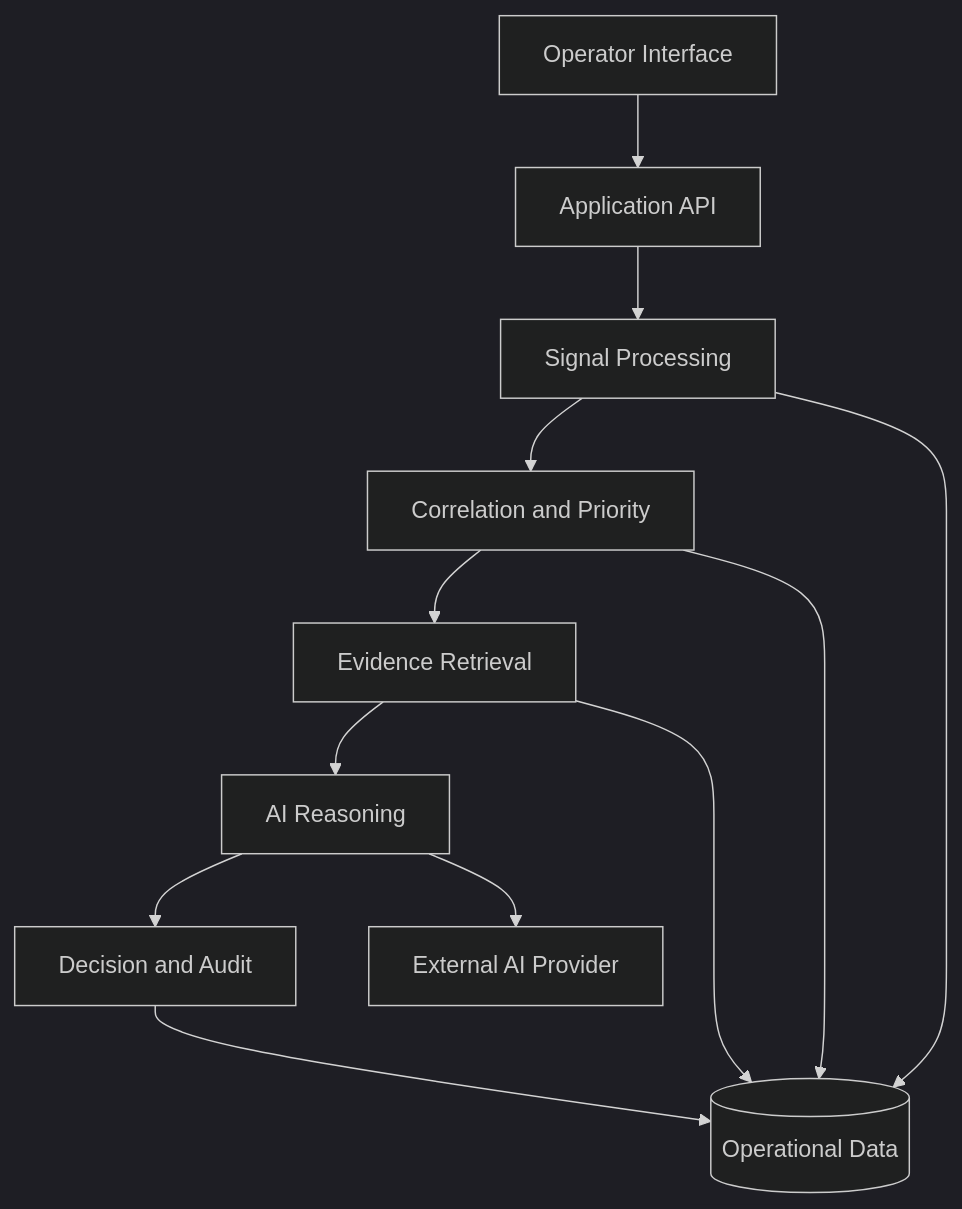
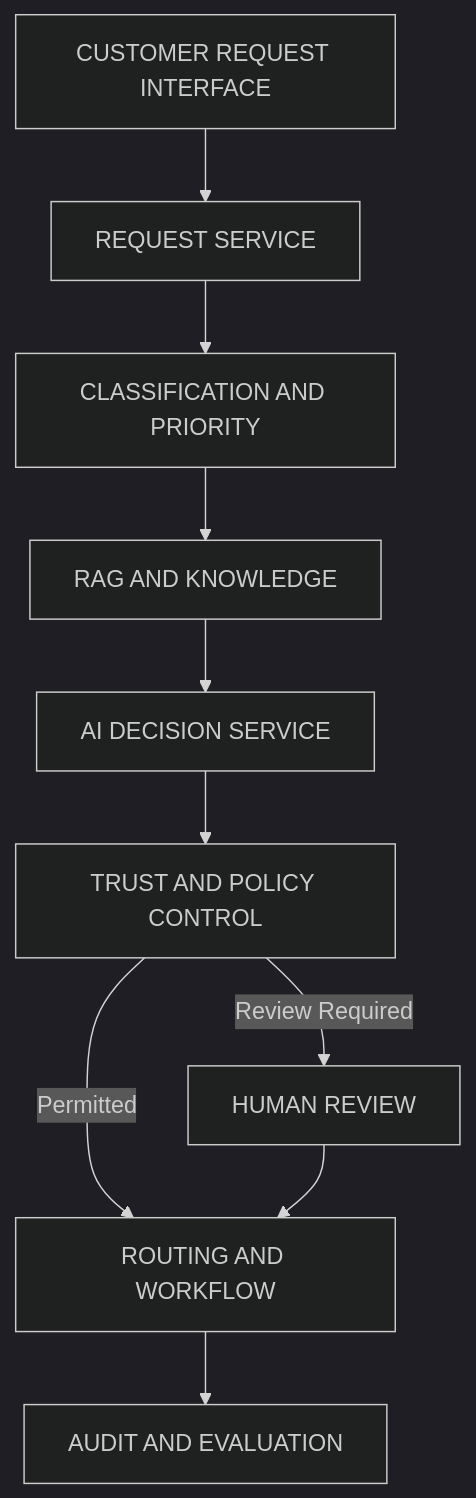
One commit to hammedfataio/Sigvora changed the second of 3 diagrams in README.md. Above: the diagram before and after it, drawn with Mermaid (dark theme). The commit also changed other lines of this file, not shown here.

````diff
--- a/README.md
+++ b/README.md
@@ -139,35 +360,33 @@
 ```mermaid
 flowchart TD
 
-    A["Operator Interface"]
+    A["CUSTOMER REQUEST INTERFACE"]
 
-    B["Application API"]
+    B["REQUEST SERVICE"]
 
-    C["Signal Processing"]
+    C["CLASSIFICATION AND PRIORITY"]
 
-    D["Correlation and Priority"]
+    D["RAG AND KNOWLEDGE"]
 
-    E["Evidence Retrieval"]
+    E["AI DECISION SERVICE"]
 
-    F["AI Reasoning"]
+    F["TRUST AND POLICY CONTROL"]
 
-    G["Decision and Audit"]
+    G["ROUTING AND WORKFLOW"]
 
-    H[("Operational Data")]
+    H["HUMAN REVIEW"]
 
-    I["External AI Provider"]
+    I["AUDIT AND EVALUATION"]
 
     A --> B
     B --> C
     C --> D
     D --> E
     E --> F
-    F --> G
 
-    C --> H
-    D --> H
-    E --> H
-    G --> H
+    F -->|"Permitted"| G
+    F -->|"Review Required"| H
 
-    F --> I
+    H --> G
+    G --> I
 ```
````
